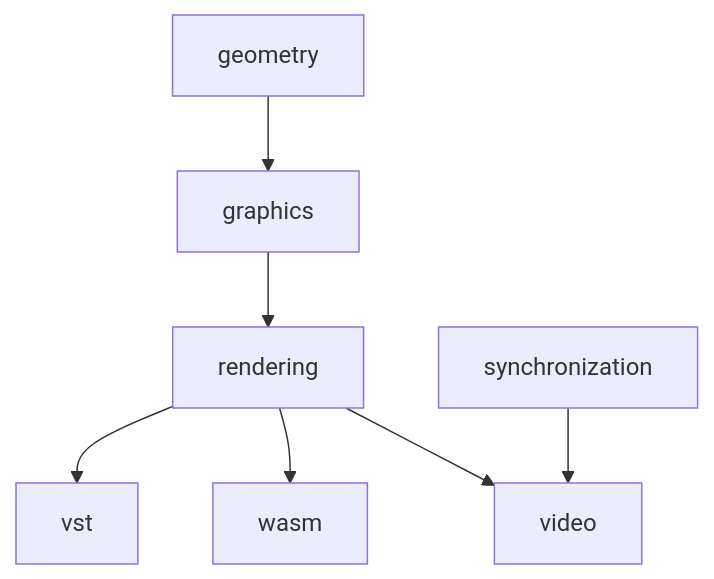
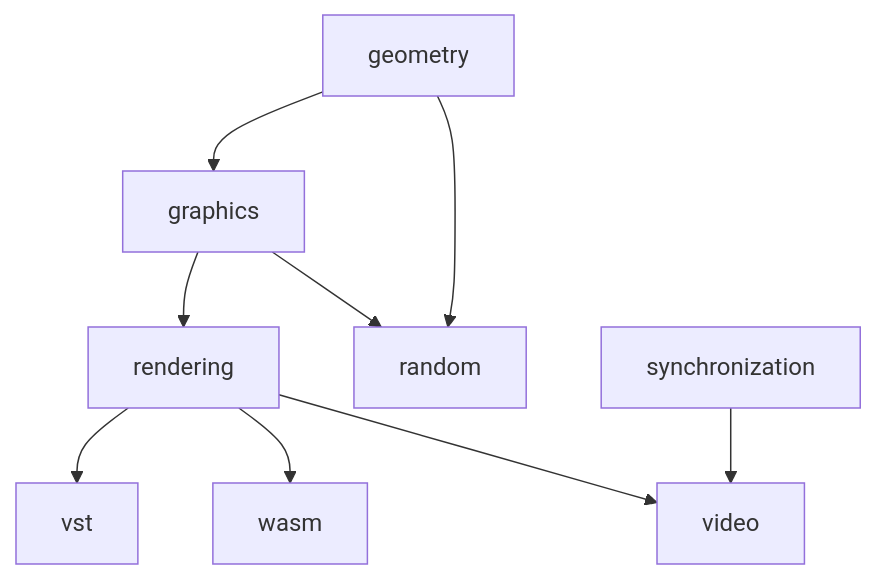
Before and after one commit to gwennlbh/shapemaker: the diagram in src/README.md, drawn with Mermaid.

Commit message:
📝 Add `random` to dep graph for submodules

````diff
--- a/src/README.md
+++ b/src/README.md
@@ -16,9 +16,11 @@
 ```mermaid
 graph TD
+    geometry --> random
+    graphics --> random
     geometry --> graphics
     graphics --> rendering
     rendering --> video
     synchronization --> video
     rendering --> wasm
     rendering --> vst
 ```
````
